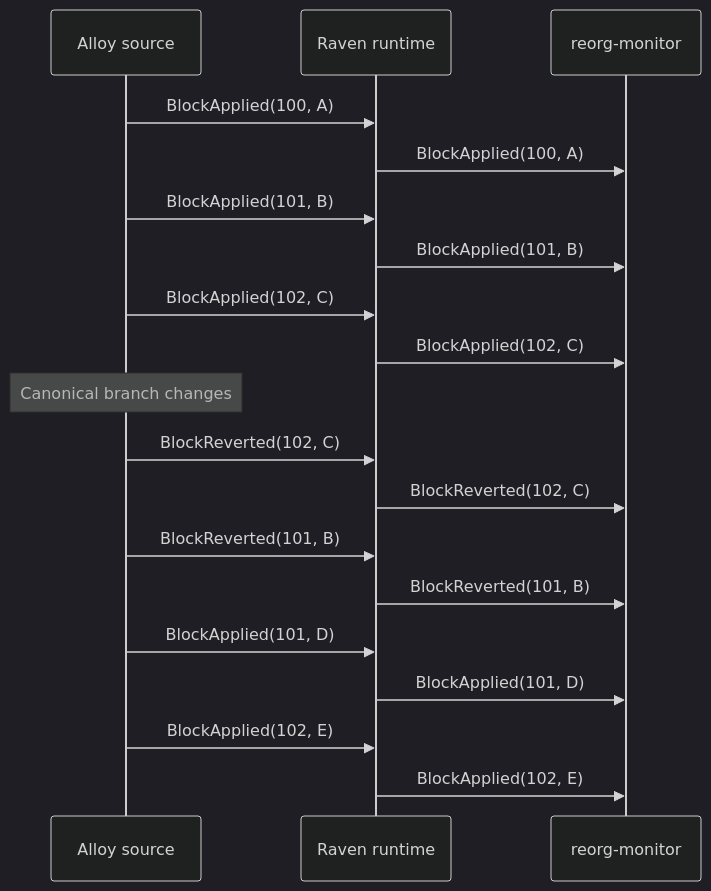
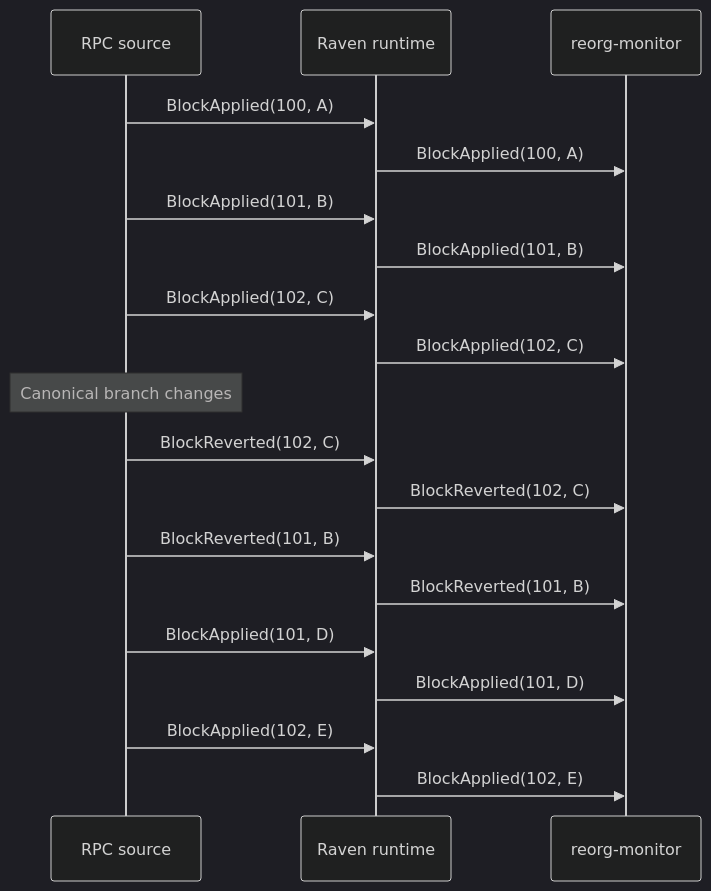
Before and after one commit to abhi3700/raven: the diagram in docs/plugins/reorg-monitor.mdx, drawn with Mermaid (dark theme). The commit also changed other lines of this file and 27 other files, not shown here.

Commit message:
source-alloy renamed to source-rpc

````diff
--- a/docs/plugins/reorg-monitor.mdx
+++ b/docs/plugins/reorg-monitor.mdx
@@ -58,21 +58,21 @@
 ```mermaid
 sequenceDiagram
-    participant S as Alloy source
+    participant S as RPC source
     participant R as Raven runtime
     participant M as reorg-monitor
     S->>R: BlockApplied(100, A)
     R->>M: BlockApplied(100, A)
     S->>R: BlockApplied(101, B)
     R->>M: BlockApplied(101, B)
     S->>R: BlockApplied(102, C)
     R->>M: BlockApplied(102, C)
     Note over S: Canonical branch changes
     S->>R: BlockReverted(102, C)
     R->>M: BlockReverted(102, C)
     S->>R: BlockReverted(101, B)
     R->>M: BlockReverted(101, B)
     S->>R: BlockApplied(101, D)
     R->>M: BlockApplied(101, D)
     S->>R: BlockApplied(102, E)
     R->>M: BlockApplied(102, E)
 ```
````
